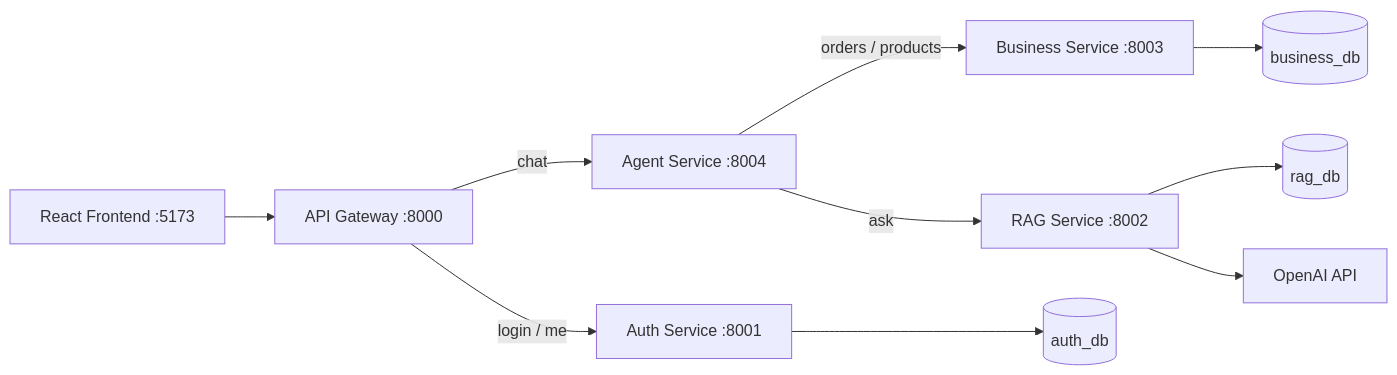
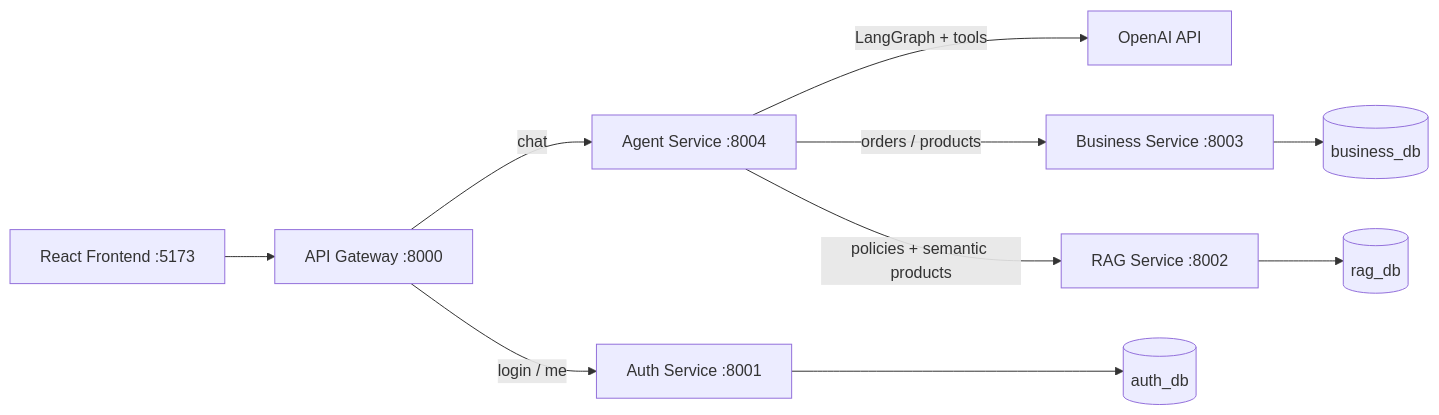
Before and after one commit to DrSteel1991/e-commerce-ai-agent: the diagram in README.md, drawn with Mermaid. The commit also changed other lines of this file and 50 other files, not shown here.

Commit message:
Add LLM tools and langgraph

````diff
--- a/README.md
+++ b/README.md
@@ -9,12 +9,12 @@
 ```mermaid
 flowchart LR
     FE[React Frontend :5173] --> GW[API Gateway :8000]
     GW -->|login / me| AUTH[Auth Service :8001]
     GW -->|chat| AGENT[Agent Service :8004]
+    AGENT -->|LangGraph + tools| LLM[OpenAI API]
     AGENT -->|orders / products| BIZ[Business Service :8003]
-    AGENT -->|ask| RAG[RAG Service :8002]
+    AGENT -->|policies + semantic products| RAG[RAG Service :8002]
     AUTH --> AUTH_DB[(auth_db)]
     BIZ --> BIZ_DB[(business_db)]
     RAG --> RAG_DB[(rag_db)]
-    RAG --> OPENAI[OpenAI API]
 ```
````
